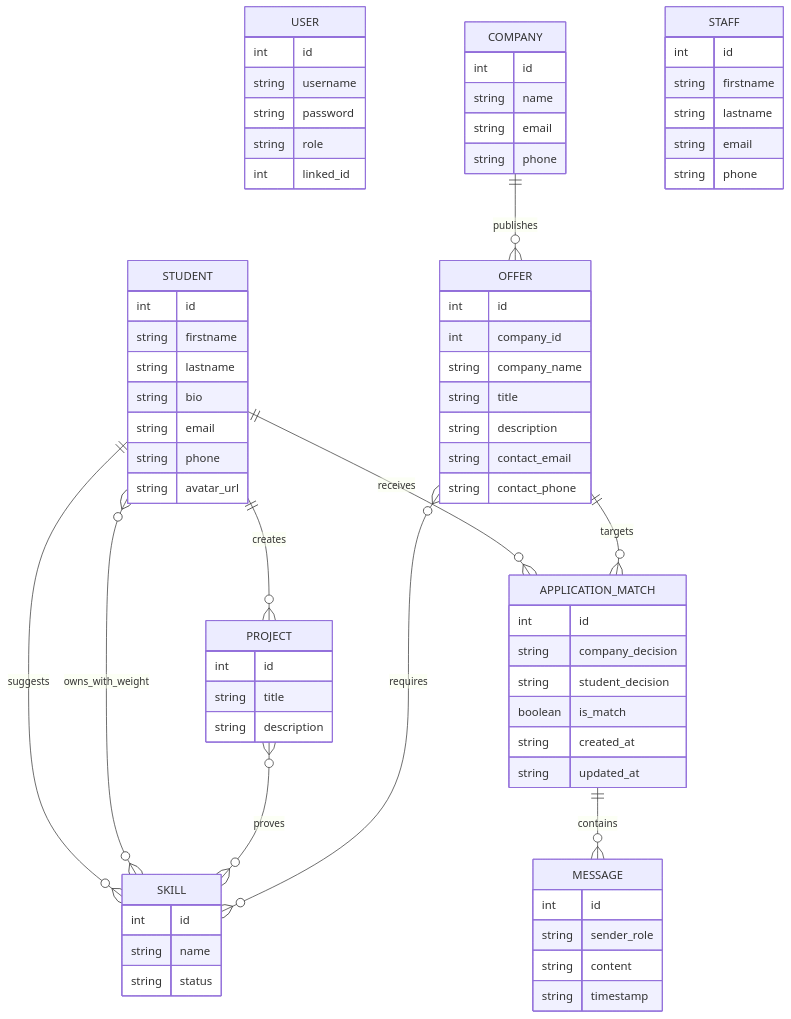
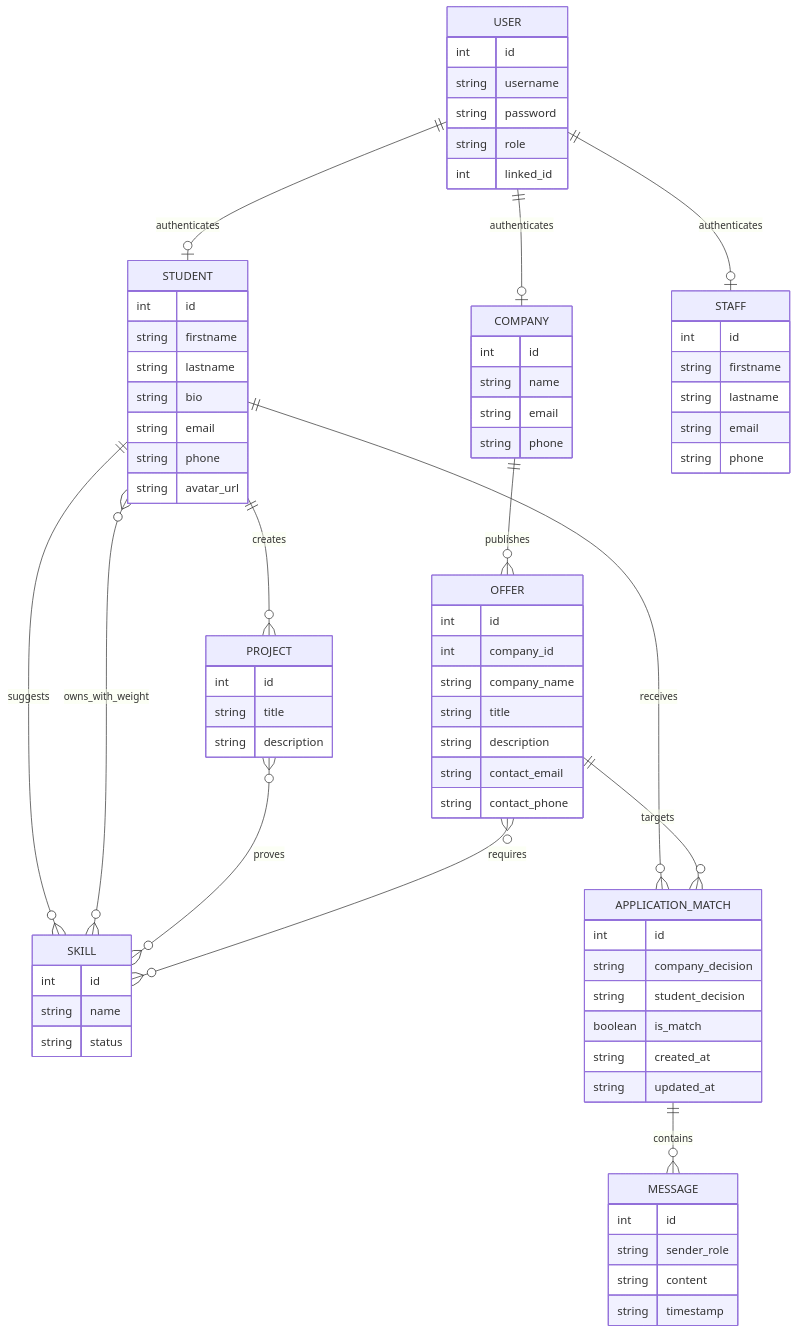
One commit to Eladji/hexagone-talents changed the diagram in README.md. Above: the diagram before and after it, drawn with Mermaid. The commit also changed other lines of this file and 34 other files, not shown here.

```diff
--- a/README.md
+++ b/README.md
@@ -114,6 +114,9 @@
         string timestamp
     }
 
+    USER ||--o| STUDENT : authenticates
+    USER ||--o| COMPANY : authenticates
+    USER ||--o| STAFF : authenticates
     STUDENT ||--o{ PROJECT : creates
     STUDENT ||--o{ APPLICATION_MATCH : receives
     STUDENT ||--o{ SKILL : suggests
```
